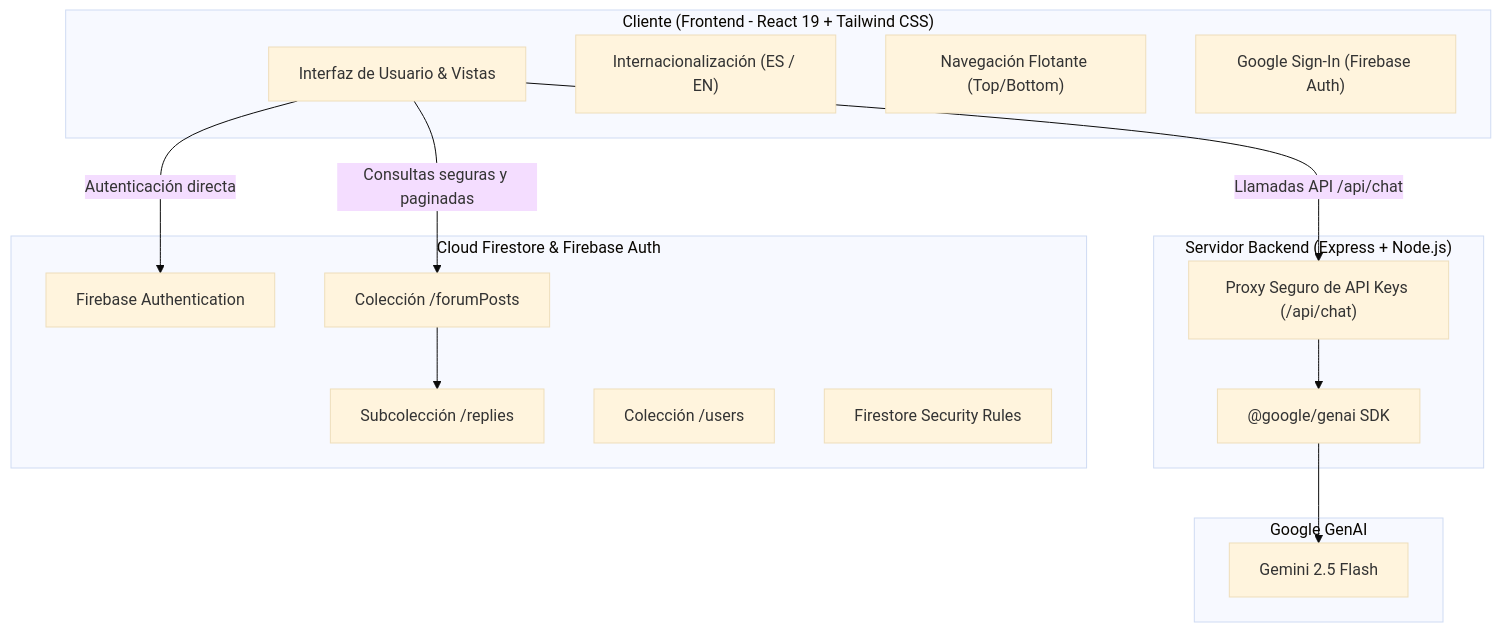
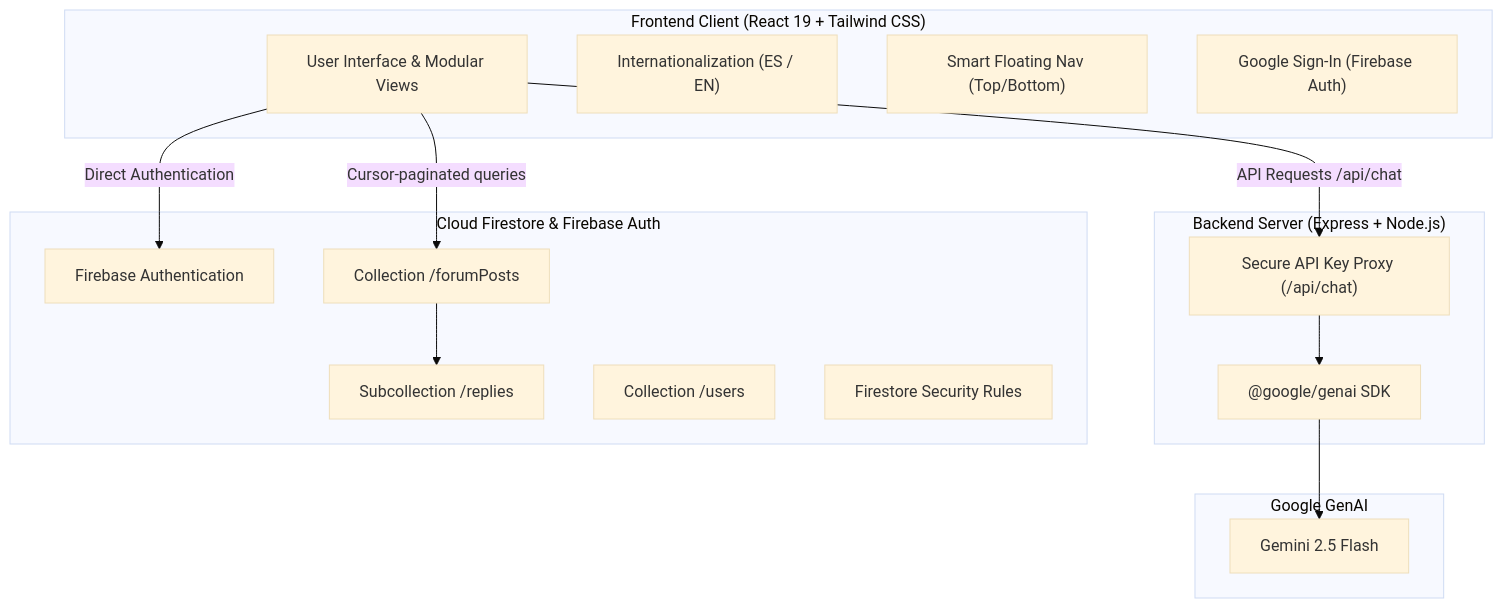
One commit to ana-izaguirre/latino-migra changed the diagram in README.md. Above: the diagram before and after it, drawn with Mermaid (base theme). The commit also changed other lines of this file and 2 other files, not shown here.

````diff
--- a/README.md
+++ b/README.md
@@ -33,33 +41,33 @@
 ```mermaid
 graph TD
-    subgraph Client["Cliente (Frontend - React 19 + Tailwind CSS)"]
-        UI["Interfaz de Usuario & Vistas"]
-        i18n["Internacionalización (ES / EN)"]
-        ScrollNav["Navegación Flotante (Top/Bottom)"]
+    subgraph Client["Frontend Client (React 19 + Tailwind CSS)"]
+        UI["User Interface & Modular Views"]
+        i18n["Internationalization (ES / EN)"]
+        ScrollNav["Smart Floating Nav (Top/Bottom)"]
         AuthUI["Google Sign-In (Firebase Auth)"]
     end
 
-    subgraph Server["Servidor Backend (Express + Node.js)"]
-        Proxy["Proxy Seguro de API Keys (/api/chat)"]
+    subgraph Server["Backend Server (Express + Node.js)"]
+        Proxy["Secure API Key Proxy (/api/chat)"]
         GeminiSDK["@google/genai SDK"]
     end
 
     subgraph FirebaseCloud["Cloud Firestore & Firebase Auth"]
         AuthService["Firebase Authentication"]
-        PostsCol["Colección /forumPosts"]
-        RepliesSub["Subcolección /replies"]
-        UsersCol["Colección /users"]
+        PostsCol["Collection /forumPosts"]
+        RepliesSub["Subcollection /replies"]
+        UsersCol["Collection /users"]
         Rules["Firestore Security Rules"]
     end
 
     subgraph AI["Google GenAI"]
         GeminiModel["Gemini 2.5 Flash"]
     end
 
-    UI -->|Llamadas API /api/chat| Proxy
-    UI -->|Autenticación directa| AuthService
-    UI -->|Consultas seguras y paginadas| PostsCol
+    UI -->|API Requests /api/chat| Proxy
+    UI -->|Direct Authentication| AuthService
+    UI -->|Cursor-paginated queries| PostsCol
     PostsCol --> RepliesSub
     Proxy --> GeminiSDK
     GeminiSDK --> GeminiModel
 ```
````
